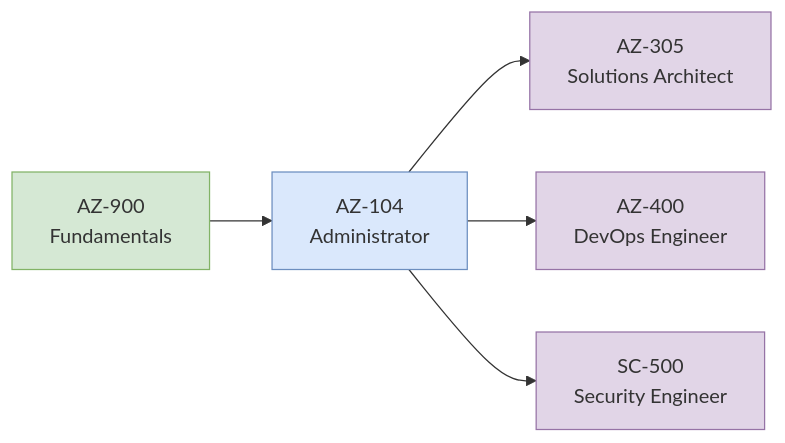
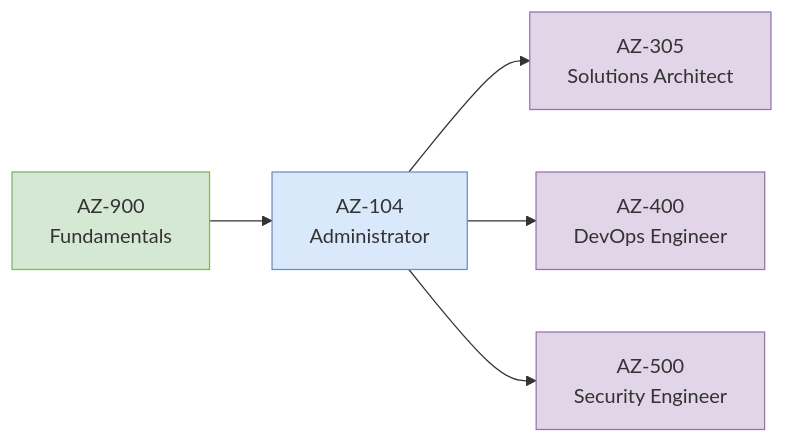
The diagram in docs/az-900/overview.md (azurecertprep/azurecertprep.github.io), drawn with Mermaid before and after one commit. The commit also changed other lines of this file and 24 other files, not shown here.

````diff
--- a/docs/az-900/overview.md
+++ b/docs/az-900/overview.md
@@ -77,12 +77,12 @@
 ```mermaid
 graph LR
     A[AZ-900<br/>Fundamentals] --> B[AZ-104<br/>Administrator]
     B --> C[AZ-305<br/>Solutions Architect]
     B --> D[AZ-400<br/>DevOps Engineer]
-    B --> E[SC-500<br/>Security Engineer]
+    B --> E[AZ-500<br/>Security Engineer]
     style A fill:#d5e8d4,stroke:#82b366
     style B fill:#dae8fc,stroke:#6c8ebf
     style C fill:#e1d5e7,stroke:#9673a6
     style D fill:#e1d5e7,stroke:#9673a6
     style E fill:#e1d5e7,stroke:#9673a6
 ```
````
